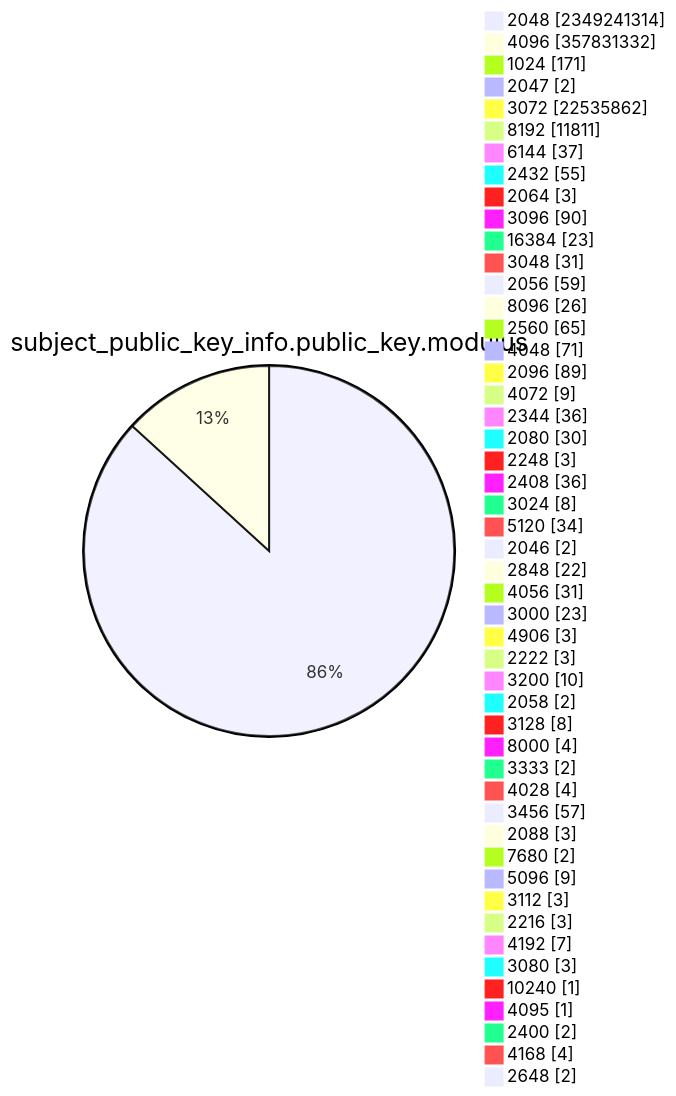
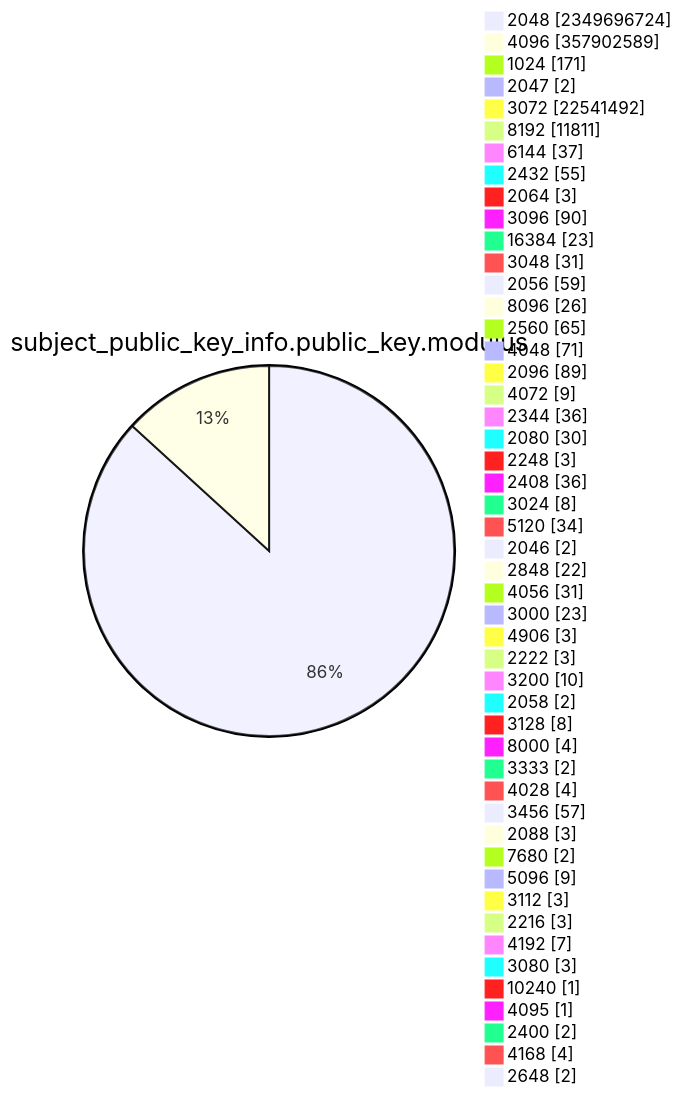
One commit to christiankrug/ctmonitor_visualization changed diagram 13 of 15 in TOTAL/README.md. Above: the diagram before and after it, drawn with Mermaid. The commit also changed other lines of this file, not shown here.

````diff
--- a/TOTAL/README.md
+++ b/TOTAL/README.md
@@ -4167,53 +4167,53 @@
 ```mermaid
 pie showData
 title subject_public_key_info.public_key.modulus
-"2048" :2349241314
-"4096" :357831332
+"2048" :2349696724
+"4096" :357902589
 "1024" :171
 "2047" :2
-"3072" :22535862
+"3072" :22541492
 "8192" :11811
 "6144" :37
 "2432" :55
 "2064" :3
 "3096" :90
 "16384" :23
 "3048" :31
 "2056" :59
 "8096" :26
 "2560" :65
 "4048" :71
 "2096" :89
 "4072" :9
 "2344" :36
 "2080" :30
 "2248" :3
 "2408" :36
 "3024" :8
 "5120" :34
 "2046" :2
 "2848" :22
 "4056" :31
 "3000" :23
 "4906" :3
 "2222" :3
 "3200" :10
 "2058" :2
 "3128" :8
 "8000" :4
 "3333" :2
 "4028" :4
 "3456" :57
 "2088" :3
 "7680" :2
 "5096" :9
 "3112" :3
 "2216" :3
 "4192" :7
 "3080" :3
 "10240" :1
 "4095" :1
 "2400" :2
 "4168" :4
 "2648" :2
 ```
````
